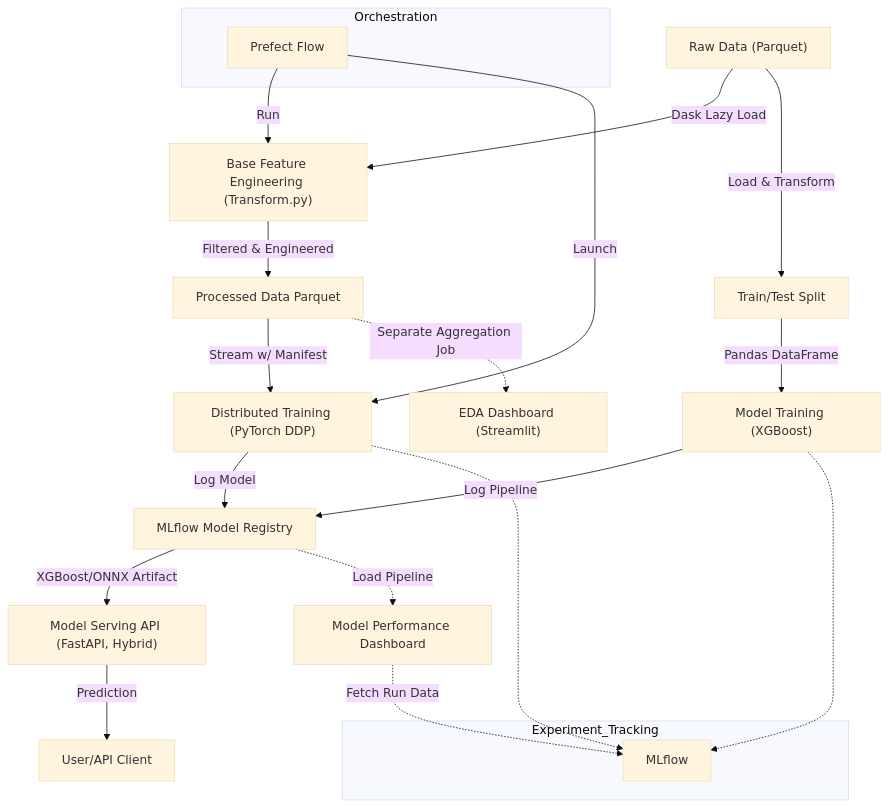
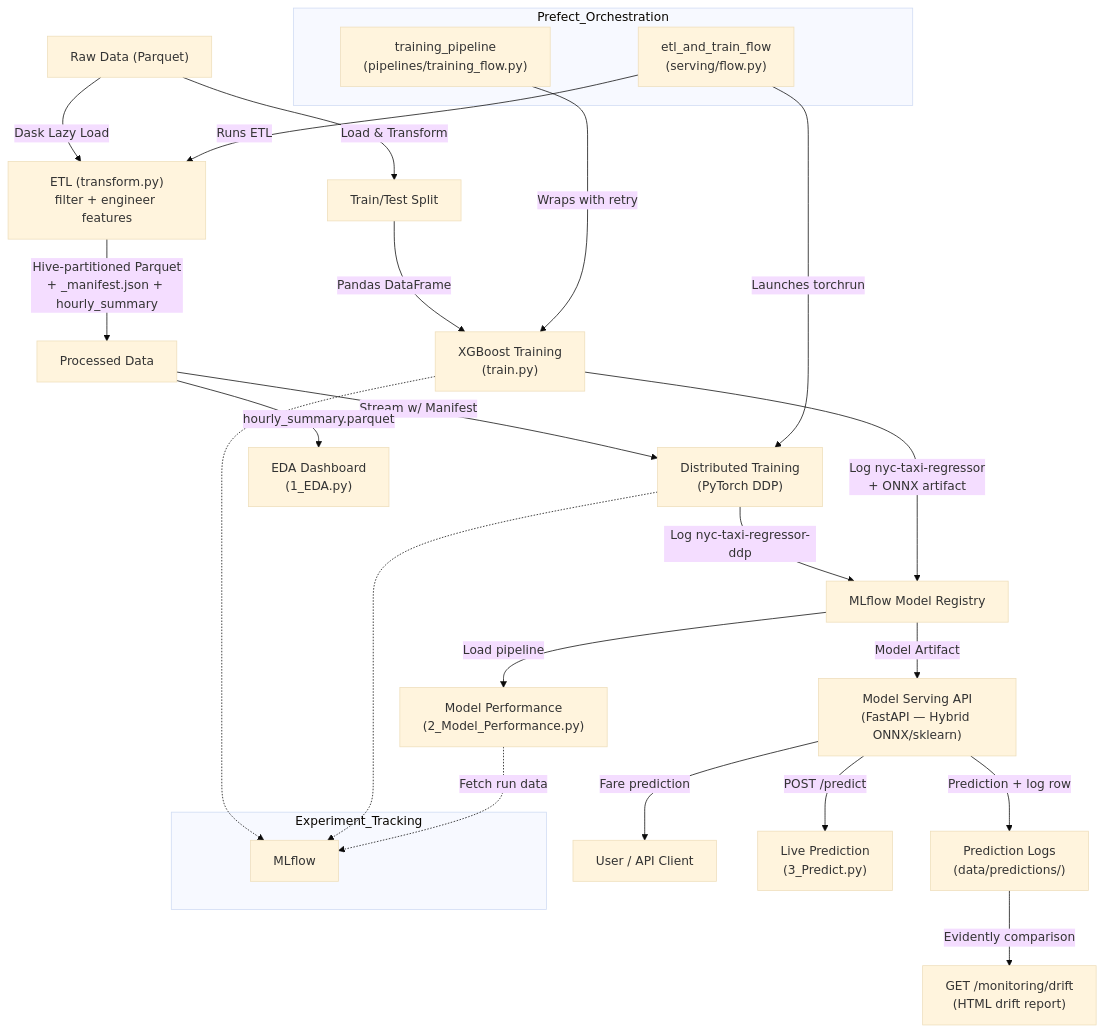
The diagram in README.md (lokeshmanchi/NYC-Taxi-MLOPS), drawn with Mermaid (base theme) before and after one commit. The commit also changed other lines of this file and 2 other files, not shown here.

Commit message:
Updates to md files

````diff
--- a/README.md
+++ b/README.md
@@ -5,25 +5,30 @@
 ```mermaid
 flowchart TD
-    A["Raw Data (Parquet)"] -->|Dask Lazy Load| B["Base Feature Engineering (Transform.py)"]
-    B -->|Filtered & Engineered| C["Processed Data Parquet"]
-    C -->|Stream w/ Manifest| E2["Distributed Training (PyTorch DDP)"]
-    E2 -->|Log Model| F["MLflow Model Registry"]
+    A["Raw Data (Parquet)"] -->|Dask Lazy Load| B["ETL (transform.py)\nfilter + engineer features"]
+    B -->|Hive-partitioned Parquet\n+ _manifest.json + hourly_summary| C["Processed Data"]
+    C -->|Stream w/ Manifest| E2["Distributed Training\n(PyTorch DDP)"]
+    E2 -->|Log nyc-taxi-regressor-ddp| F["MLflow Model Registry"]
     A -->|Load & Transform| D["Train/Test Split"]
-    D -->|Pandas DataFrame| E["Model Training (XGBoost)"]
-    E -->|Log Pipeline| F
-    F -->|XGBoost/ONNX Artifact| G["Model Serving API (FastAPI, Hybrid)"]
-    G -->|Prediction| H["User/API Client"]
-    C -.->|Separate Aggregation Job| I["EDA Dashboard (Streamlit)"]
-    F -.->|Load Pipeline| J["Model Performance Dashboard"]
-    subgraph Orchestration
-      K["Prefect Flow"]
+    D -->|Pandas DataFrame| E["XGBoost Training\n(train.py)"]
+    E -->|Log nyc-taxi-regressor\n+ ONNX artifact| F
+    F -->|Model Artifact| G["Model Serving API\n(FastAPI — Hybrid ONNX/sklearn)"]
+    G -->|Prediction + log row| P["Prediction Logs\n(data/predictions/)"]
+    P -->|Evidently comparison| MON["GET /monitoring/drift\n(HTML drift report)"]
+    G -->|Fare prediction| H["User / API Client"]
+    C -->|hourly_summary.parquet| I["EDA Dashboard\n(1_EDA.py)"]
+    F -->|Load pipeline| J["Model Performance\n(2_Model_Performance.py)"]
+    G -->|POST /predict| N["Live Prediction\n(3_Predict.py)"]
+    subgraph Prefect_Orchestration
+      K1["training_pipeline\n(pipelines/training_flow.py)"]
+      K2["etl_and_train_flow\n(serving/flow.py)"]
     end
-    K -->|Run| B
-    K -->|Launch| E2
+    K1 -->|Wraps with retry| E
+    K2 -->|Runs ETL| B
+    K2 -->|Launches torchrun| E2
     subgraph Experiment_Tracking
       L["MLflow"]
     end
     E -.-> L
     E2 -.-> L
-    J -.->|Fetch Run Data| L
+    J -.->|Fetch run data| L
 ```
````
